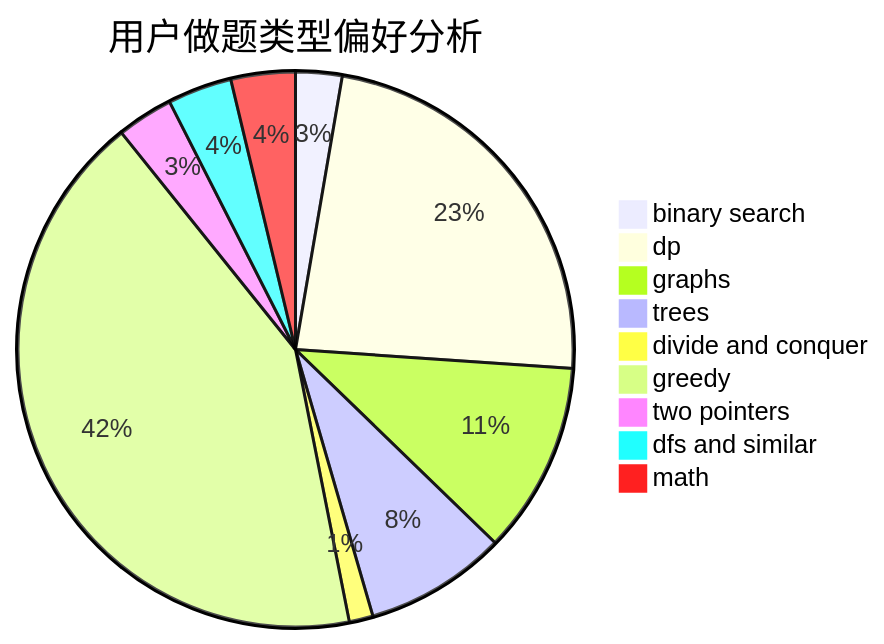
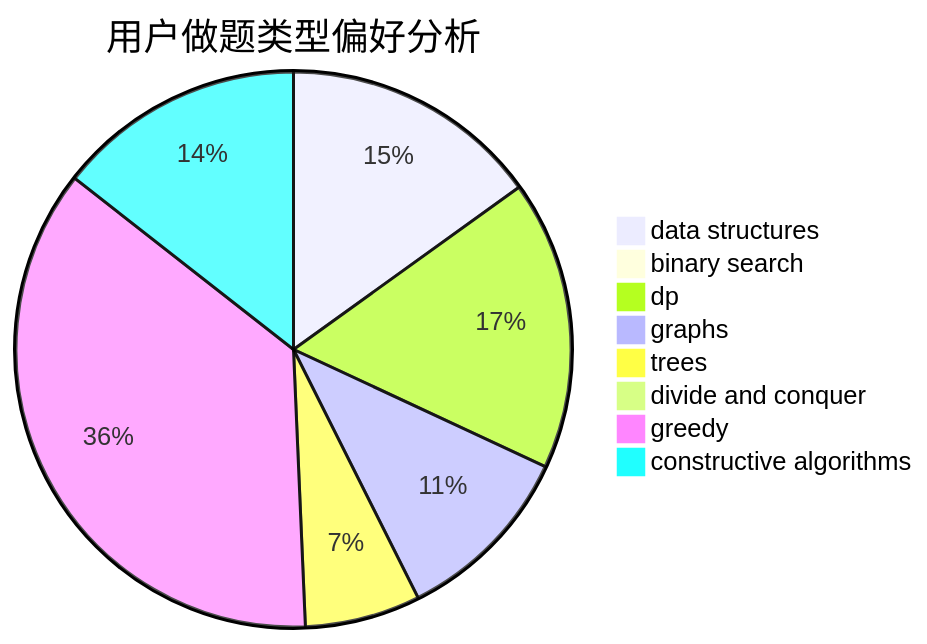
Before and after one commit to sherpahu/cfrs.github.io: the second of 3 diagrams in docs/user/u349.md, drawn with Mermaid. The commit also changed other lines of this file and 2775 other files, not shown here.

````diff
--- a/docs/user/u349.md
+++ b/docs/user/u349.md
@@ -23,12 +23,11 @@
 ```mermaid
 pie title 用户做题类型偏好分析
-    "binary search" :  70
-    "dp" :  606
-    "graphs" :  289
-    "trees" :  214
-    "divide and conquer" :  36
-    "greedy" :  1097
-    "two pointers" :  85
-    "dfs and similar" :  97
-    "math" :  97
+    "data structures" :  397
+    "binary search" :  19
+    "dp" :  444
+    "graphs" :  281
+    "trees" :  177
+    "divide and conquer" :  6
+    "greedy" :  955
+    "constructive algorithms" :  380
 ```
````
